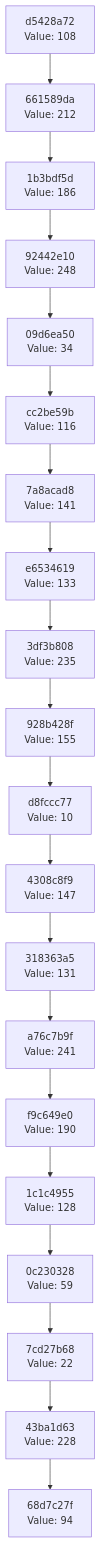
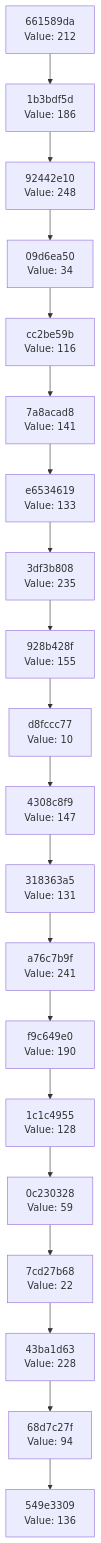
The diagram in docs/CHAIN_VISUALIZATION.md (Abhisheksinha1506/hash-chain-evolver), drawn with Mermaid before and after one commit. The commit also changed 2 other files, not shown here.

Commit message:
Evolution step: hash 0x88 → action executed

````diff
--- a/docs/CHAIN_VISUALIZATION.md
+++ b/docs/CHAIN_VISUALIZATION.md
@@ -3,42 +3,42 @@
 ```mermaid
 graph TD
-    C0["68d7c27f<br/>Value: 94"]
-    C1["43ba1d63<br/>Value: 228"]
+    C0["549e3309<br/>Value: 136"]
+    C1["68d7c27f<br/>Value: 94"]
     C1 --> C0
-    C2["7cd27b68<br/>Value: 22"]
+    C2["43ba1d63<br/>Value: 228"]
     C2 --> C1
-    C3["0c230328<br/>Value: 59"]
+    C3["7cd27b68<br/>Value: 22"]
     C3 --> C2
-    C4["1c1c4955<br/>Value: 128"]
+    C4["0c230328<br/>Value: 59"]
     C4 --> C3
-    C5["f9c649e0<br/>Value: 190"]
+    C5["1c1c4955<br/>Value: 128"]
     C5 --> C4
-    C6["a76c7b9f<br/>Value: 241"]
+    C6["f9c649e0<br/>Value: 190"]
     C6 --> C5
-    C7["318363a5<br/>Value: 131"]
+    C7["a76c7b9f<br/>Value: 241"]
     C7 --> C6
-    C8["4308c8f9<br/>Value: 147"]
+    C8["318363a5<br/>Value: 131"]
     C8 --> C7
-    C9["d8fccc77<br/>Value: 10"]
+    C9["4308c8f9<br/>Value: 147"]
     C9 --> C8
-    C10["928b428f<br/>Value: 155"]
+    C10["d8fccc77<br/>Value: 10"]
     C10 --> C9
-    C11["3df3b808<br/>Value: 235"]
+    C11["928b428f<br/>Value: 155"]
     C11 --> C10
-    C12["e6534619<br/>Value: 133"]
+    C12["3df3b808<br/>Value: 235"]
     C12 --> C11
-    C13["7a8acad8<br/>Value: 141"]
+    C13["e6534619<br/>Value: 133"]
     C13 --> C12
-    C14["cc2be59b<br/>Value: 116"]
+    C14["7a8acad8<br/>Value: 141"]
     C14 --> C13
-    C15["09d6ea50<br/>Value: 34"]
+    C15["cc2be59b<br/>Value: 116"]
     C15 --> C14
-    C16["92442e10<br/>Value: 248"]
+    C16["09d6ea50<br/>Value: 34"]
     C16 --> C15
-    C17["1b3bdf5d<br/>Value: 186"]
+    C17["92442e10<br/>Value: 248"]
     C17 --> C16
-    C18["661589da<br/>Value: 212"]
+    C18["1b3bdf5d<br/>Value: 186"]
     C18 --> C17
-    C19["d5428a72<br/>Value: 108"]
+    C19["661589da<br/>Value: 212"]
     C19 --> C18
 ```
````
